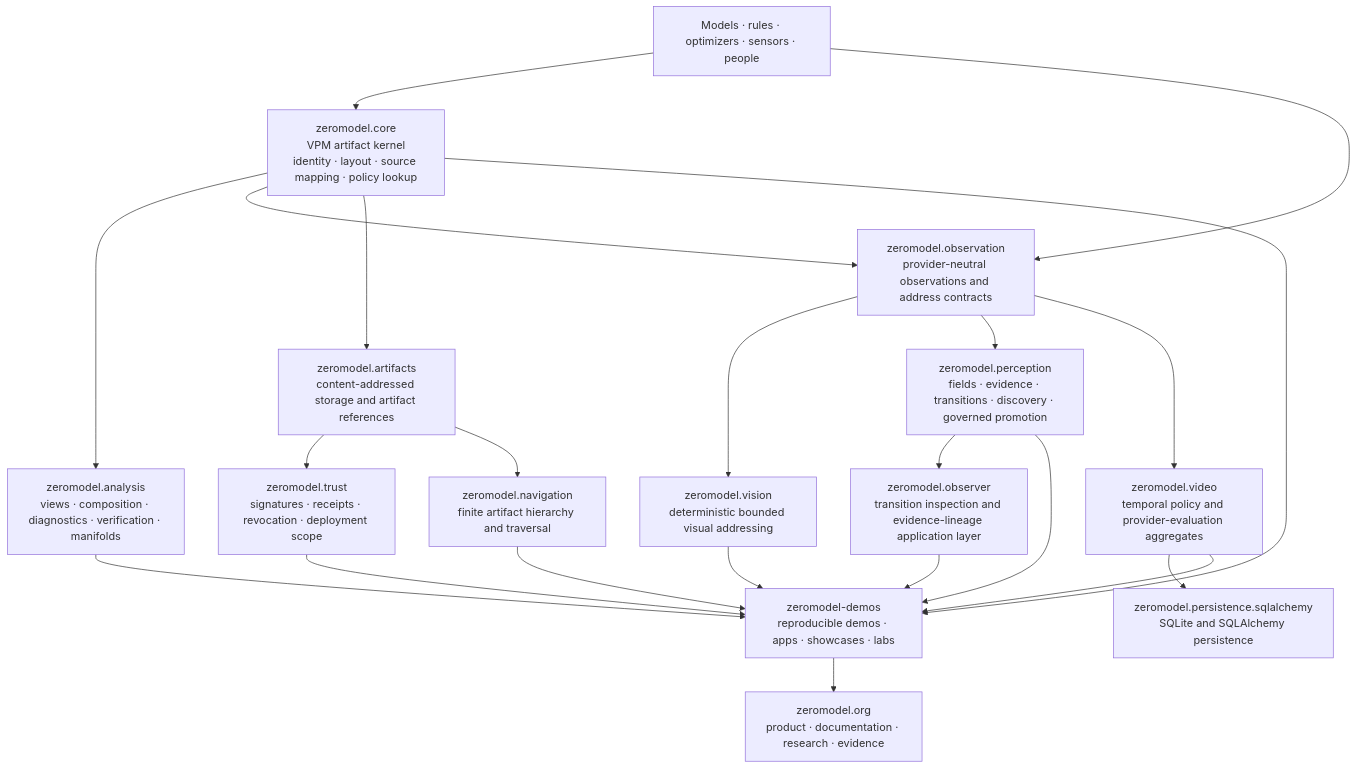
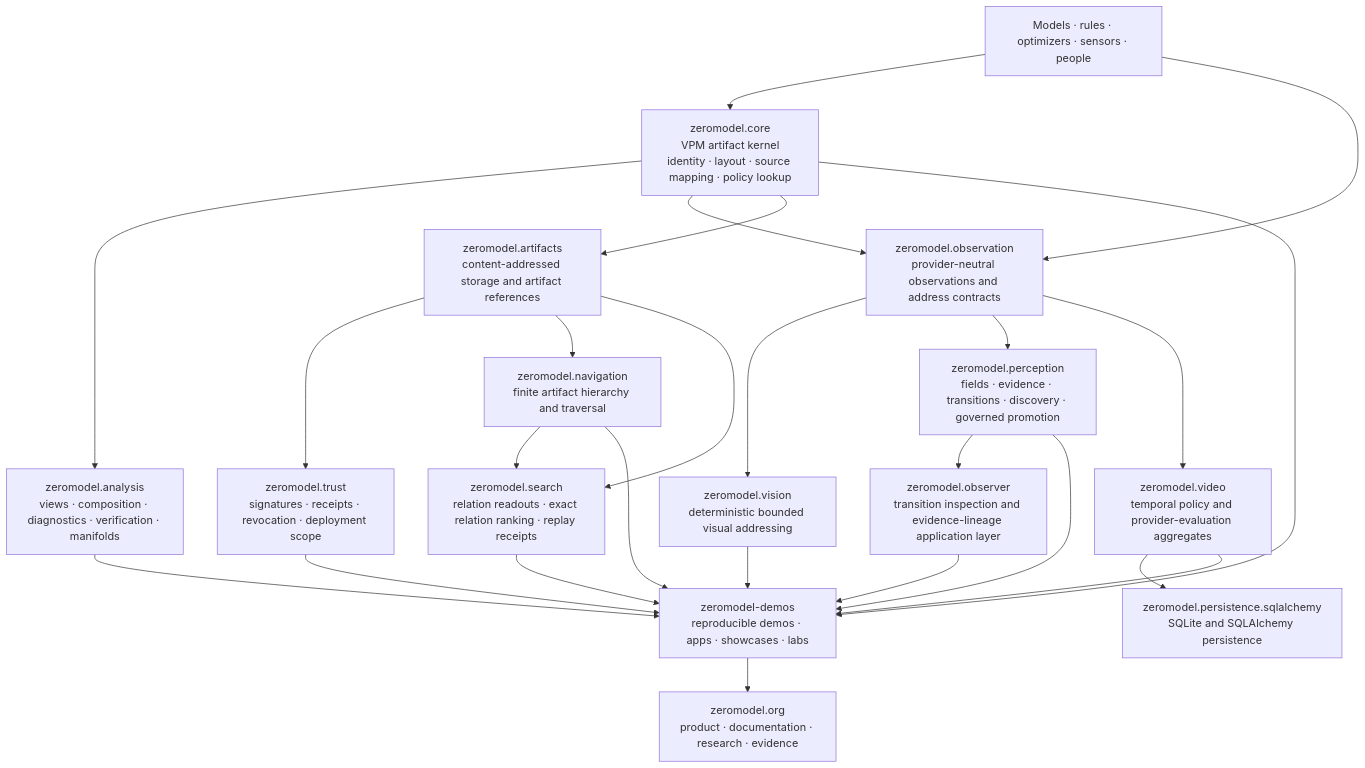
Before and after one commit to ernanhughes/zeromodel: the diagram in README.md, drawn with Mermaid. The commit also changed other lines of this file and 57 other files, not shown here.

````diff
--- a/README.md
+++ b/README.md
@@ -50,46 +50,50 @@
 ```mermaid
 flowchart TB
     SOURCES["Models · rules · optimizers · sensors · people"]
 
     CORE["zeromodel.core\nVPM artifact kernel\nidentity · layout · source mapping · policy lookup"]
     ANALYSIS["zeromodel.analysis\nviews · composition · diagnostics · verification · manifolds"]
     OBSERVATION["zeromodel.observation\nprovider-neutral observations and address contracts"]
     VISION["zeromodel.vision\ndeterministic bounded visual addressing"]
     PERCEPTION["zeromodel.perception\nfields · evidence · transitions · discovery · governed promotion"]
     OBSERVER["zeromodel.observer\ntransition inspection and evidence-lineage application layer"]
     VIDEO["zeromodel.video\ntemporal policy and provider-evaluation aggregates"]
     SQL["zeromodel.persistence.sqlalchemy\nSQLite and SQLAlchemy persistence"]
     ARTIFACTS["zeromodel.artifacts\ncontent-addressed storage and artifact references"]
     TRUST["zeromodel.trust\nsignatures · receipts · revocation · deployment scope"]
     NAVIGATION["zeromodel.navigation\nfinite artifact hierarchy and traversal"]
+    SEARCH["zeromodel.search\nrelation readouts · exact relation ranking · replay receipts"]
 
     DEMOS["zeromodel-demos\nreproducible demos · apps · showcases · labs"]
     WEBSITE["zeromodel.org\nproduct · documentation · research · evidence"]
 
     SOURCES --> CORE
     SOURCES --> OBSERVATION
 
     CORE --> ANALYSIS
     CORE --> OBSERVATION
     CORE --> ARTIFACTS
 
     OBSERVATION --> VISION
     OBSERVATION --> PERCEPTION
     OBSERVATION --> VIDEO
 
     PERCEPTION --> OBSERVER
     VIDEO --> SQL
     ARTIFACTS --> TRUST
     ARTIFACTS --> NAVIGATION
+    ARTIFACTS --> SEARCH
+    NAVIGATION --> SEARCH
 
     CORE --> DEMOS
     ANALYSIS --> DEMOS
     VISION --> DEMOS
     PERCEPTION --> DEMOS
     OBSERVER --> DEMOS
     VIDEO --> DEMOS
     TRUST --> DEMOS
     NAVIGATION --> DEMOS
+    SEARCH --> DEMOS
 
     DEMOS --> WEBSITE
 ```
````
